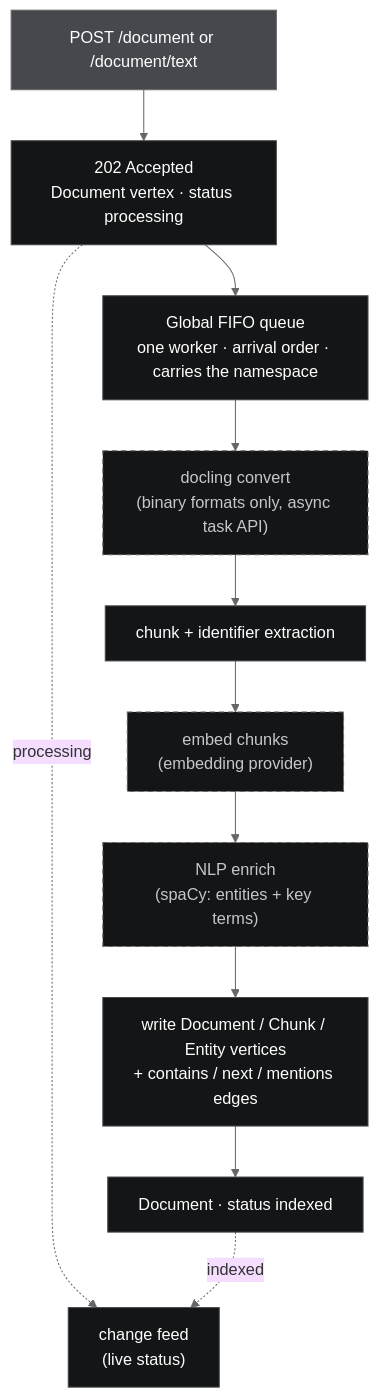
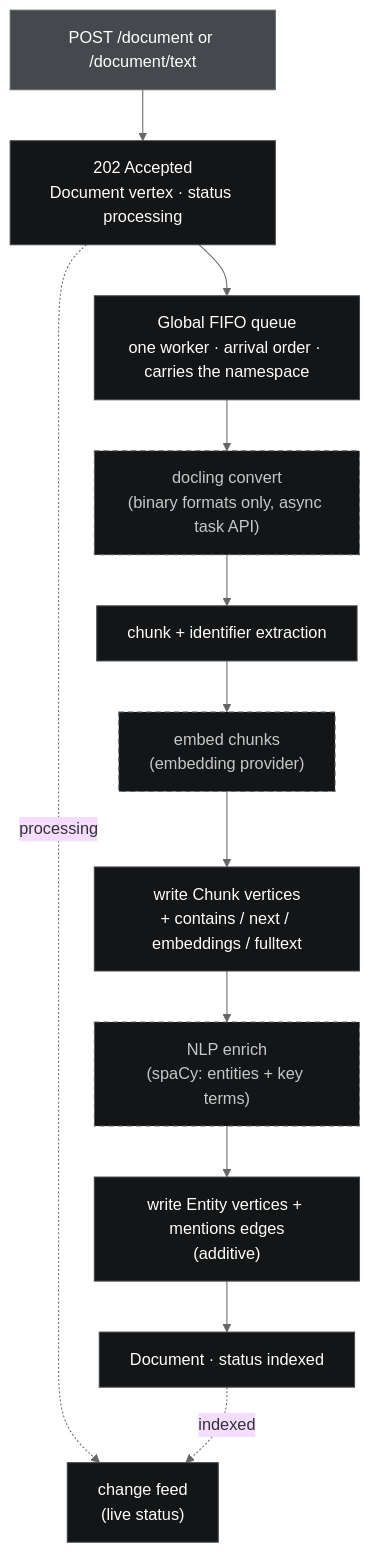
One commit to cosh/fallen-8-core changed the diagram in docs/src/content/docs/unstructured-ingestion.md. Above: the diagram before and after it, drawn with Mermaid. The commit also changed other lines of this file and 17 other files, not shown here.

````diff
--- a/docs/src/content/docs/unstructured-ingestion.md
+++ b/docs/src/content/docs/unstructured-ingestion.md
@@ -68,23 +68,24 @@
 ```mermaid
 %%{init: {'theme':'base','themeVariables':{'fontFamily':'ui-monospace, SFMono-Regular, Menlo, Consolas, monospace','lineColor':'#666666'}}}%%
 flowchart TB
     upload["POST /document or /document/text"]:::client
     accept["202 Accepted<br/>Document vertex · status processing"]:::sys
     queue["Global FIFO queue<br/>one worker · arrival order · carries the namespace"]:::sys
     convert["docling convert<br/>(binary formats only, async task API)"]:::ext
     chunk["chunk + identifier extraction"]:::sys
     embed["embed chunks<br/>(embedding provider)"]:::ext
+    writeChunks["write Chunk vertices<br/>+ contains / next / embeddings / fulltext"]:::sys
     nlp["NLP enrich<br/>(spaCy: entities + key terms)"]:::ext
-    write["write Document / Chunk / Entity vertices<br/>+ contains / next / mentions edges"]:::sys
+    writeEntities["write Entity vertices + mentions edges<br/>(additive)"]:::sys
     done["Document · status indexed"]:::sys
     feed["change feed<br/>(live status)"]:::sys
 
     upload --> accept --> queue
-    queue --> convert --> chunk --> embed --> nlp --> write --> done
+    queue --> convert --> chunk --> embed --> writeChunks --> nlp --> writeEntities --> done
     accept -.->|processing| feed
     done -.->|indexed| feed
 
     classDef client fill:#45494D,stroke:#666666,color:#FEFEFE
     classDef sys fill:#141516,stroke:#45494D,color:#FEFEFE
     classDef ext fill:#141516,stroke:#666666,color:#C6C7C8,stroke-dasharray:5 4
 ```
````
